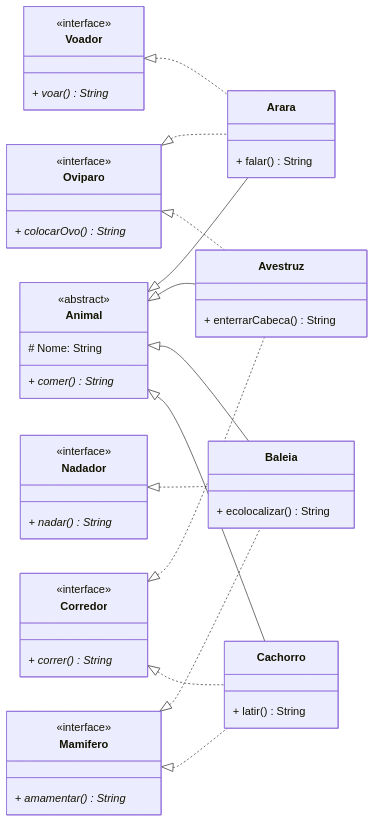
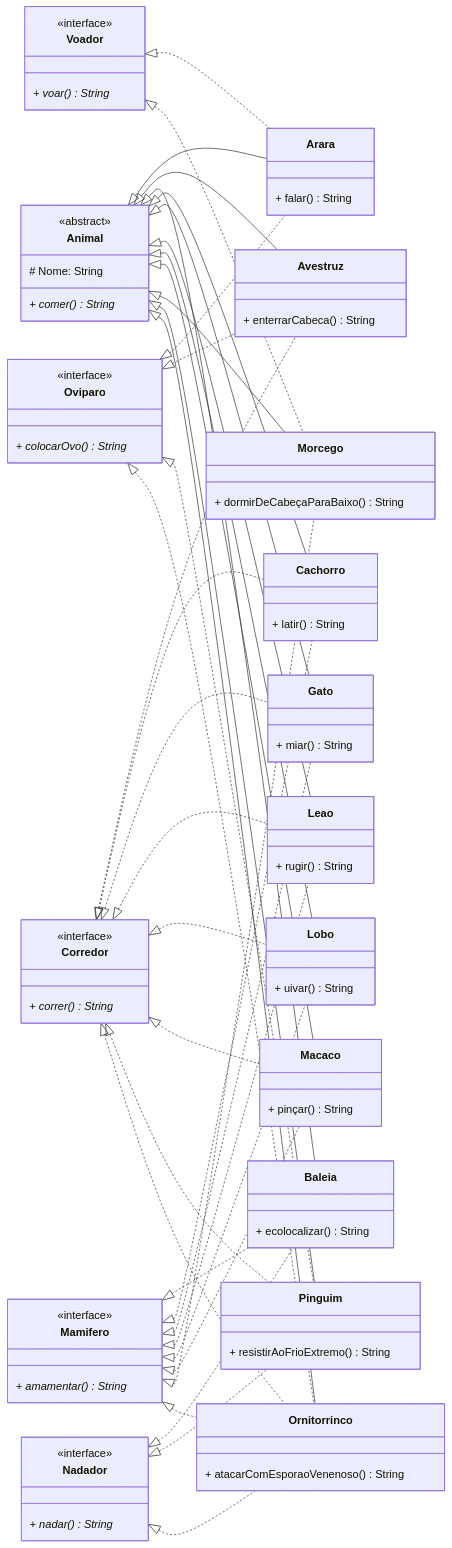
The diagram in aula/2026-10-29/Readme.md (caiowporto/POO), drawn with Mermaid before and after one commit. The commit also changed 20 other files, not shown here.

````diff
--- a/aula/2026-10-29/Readme.md
+++ b/aula/2026-10-29/Readme.md
@@ -48,6 +48,34 @@
     class Cachorro {
         + latir() String
     }
+    
+    class Gato{
+        + miar() String
+    }
+
+    class Leao{
+        + rugir() String
+    }
+
+    class Lobo{
+        + uivar() String
+    }
+
+    class Macaco{
+        + pinçar() String
+    }
+
+    class Morcego{
+        + dormirDeCabeçaParaBaixo() String
+    }
+
+    class Pinguim{
+        + resistirAoFrioExtremo() String
+    }
+
+    class Ornitorrinco{
+        + atacarComEsporaoVenenoso() String
+    }
 
     Animal <|-- Arara
     Voador <|.. Arara
@@ -61,7 +89,31 @@
     Animal <|-- Cachorro
     Corredor <|.. Cachorro
     Mamifero <|.. Cachorro
-
+    Animal <|-- Gato
+    Corredor <|.. Gato
+    Mamifero <|.. Gato
+    Animal <|-- Leao
+    Corredor <|.. Leao
+    Mamifero <|.. Leao
+    Animal <|-- Lobo
+    Corredor <|.. Lobo
+    Mamifero <|.. Lobo
+    Animal <|-- Macaco
+    Corredor <|.. Macaco
+    Mamifero <|.. Macaco
+    Animal <|-- Morcego
+    Voador <|.. Morcego
+    Mamifero <|.. Morcego
+    Animal <|-- Pinguim
+    Corredor <|.. Pinguim
+    Nadador <|.. Pinguim
+    Oviparo <|.. Pinguim
+    Animal <|-- Ornitorrinco
+    Corredor <|.. Ornitorrinco
+    Nadador <|.. Ornitorrinco
+    Oviparo <|.. Ornitorrinco
+    Mamifero <|.. Ornitorrinco
+    
 
 
 ```
````
